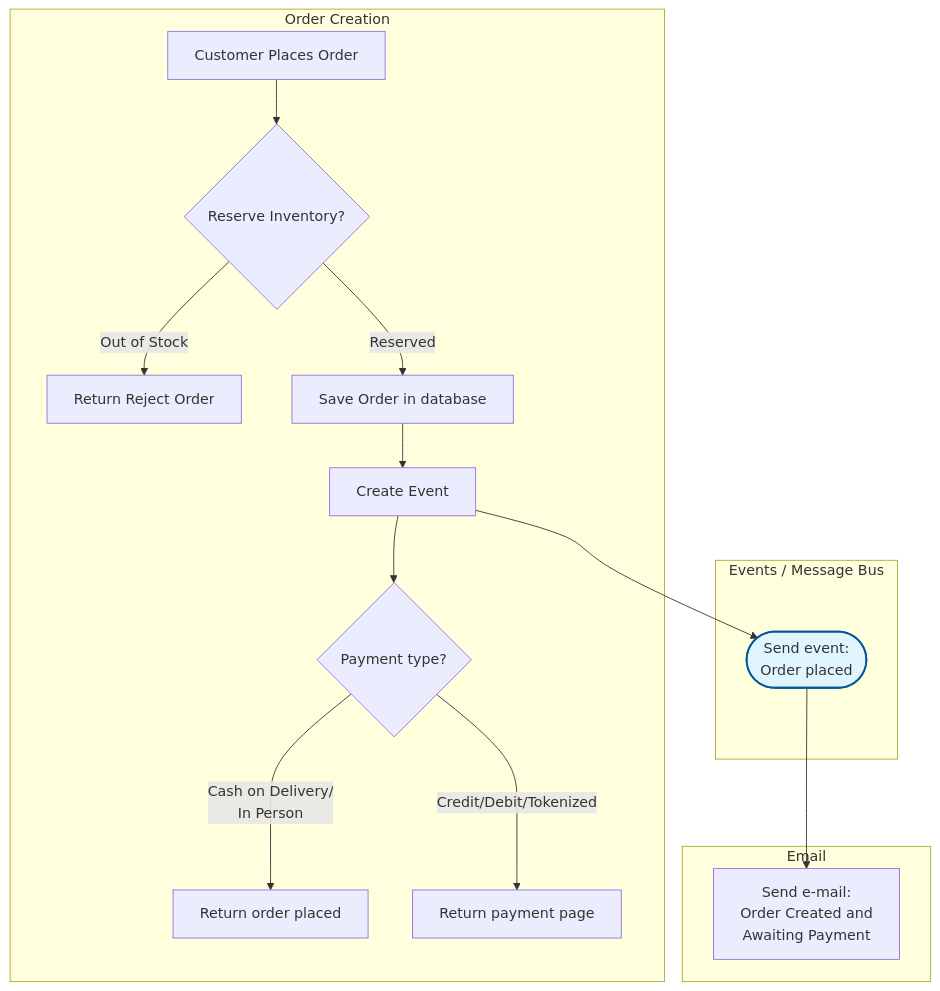
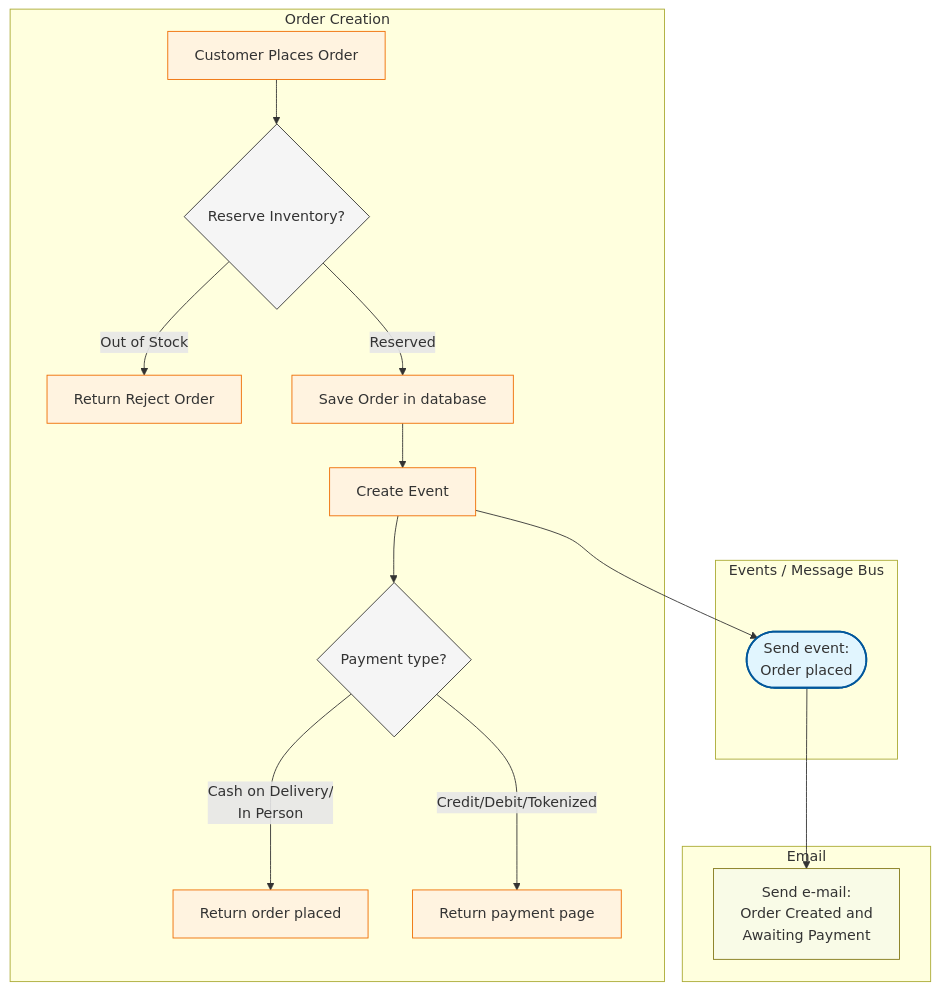
Before and after one commit to RobertoFreireDev/Order-Management: the first of 4 diagrams in README.md, drawn with Mermaid. The commit also changed other lines of this file, not shown here.

````diff
--- a/README.md
+++ b/README.md
@@ -5,33 +5,36 @@
 ```mermaid
 flowchart TD
     %% Subgraph Styling
     classDef event fill:#e1f5fe,stroke:#01579b,stroke-width:2px;
     classDef logic fill:#f5f5f5,stroke:#333,stroke-width:1px;
-    classDef fulfill fill:#fff3e0,stroke:#ef6c00,stroke-width:1px;
+    classDef order fill:#fff3e0,stroke:#ef6c00,stroke-width:1px;
     classDef note fill:#f9fbe7,stroke:#827717,stroke-width:1px;
 
     subgraph Order_Creation [Order Creation]
         A[Customer Places Order] --> B{Reserve Inventory?}
         B -->|Out of Stock| C[Return Reject Order]
         B --> |Reserved| D[Save Order in database]
         D --> D1[Create Event]
         D1 --> D2{Payment type?}
         D2--> |"Cash on Delivery/<br/>In Person"| D3[Return order placed]
         D2 --> |"Credit/Debit/Tokenized"| E1[Return payment page]
     end
 
     subgraph Events [Events / Message Bus]
         H([Send event:<br/>Order placed])
     end
 
     subgraph Email [Email]
         I[Send e-mail: <br/>Order Created and<br/>Awaiting Payment]
     end
 
     %% Logic to Events
     H --> I
     D1 --> H
 
     %% Class Assignments
     class H event;
+    class B,D2 logic;
+    class A,C,D,D1,D3,E1 order;
+    class I note;
 ```
````
